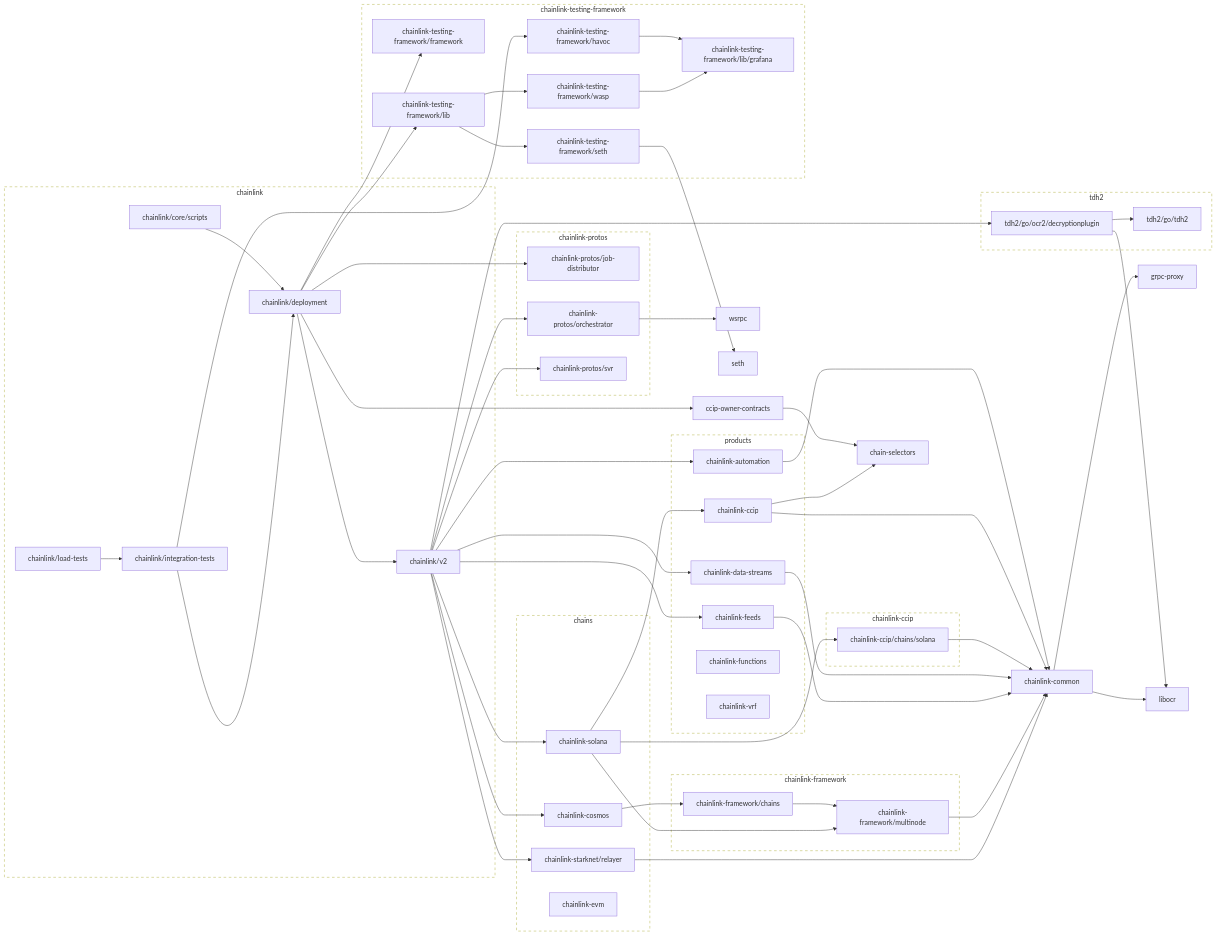
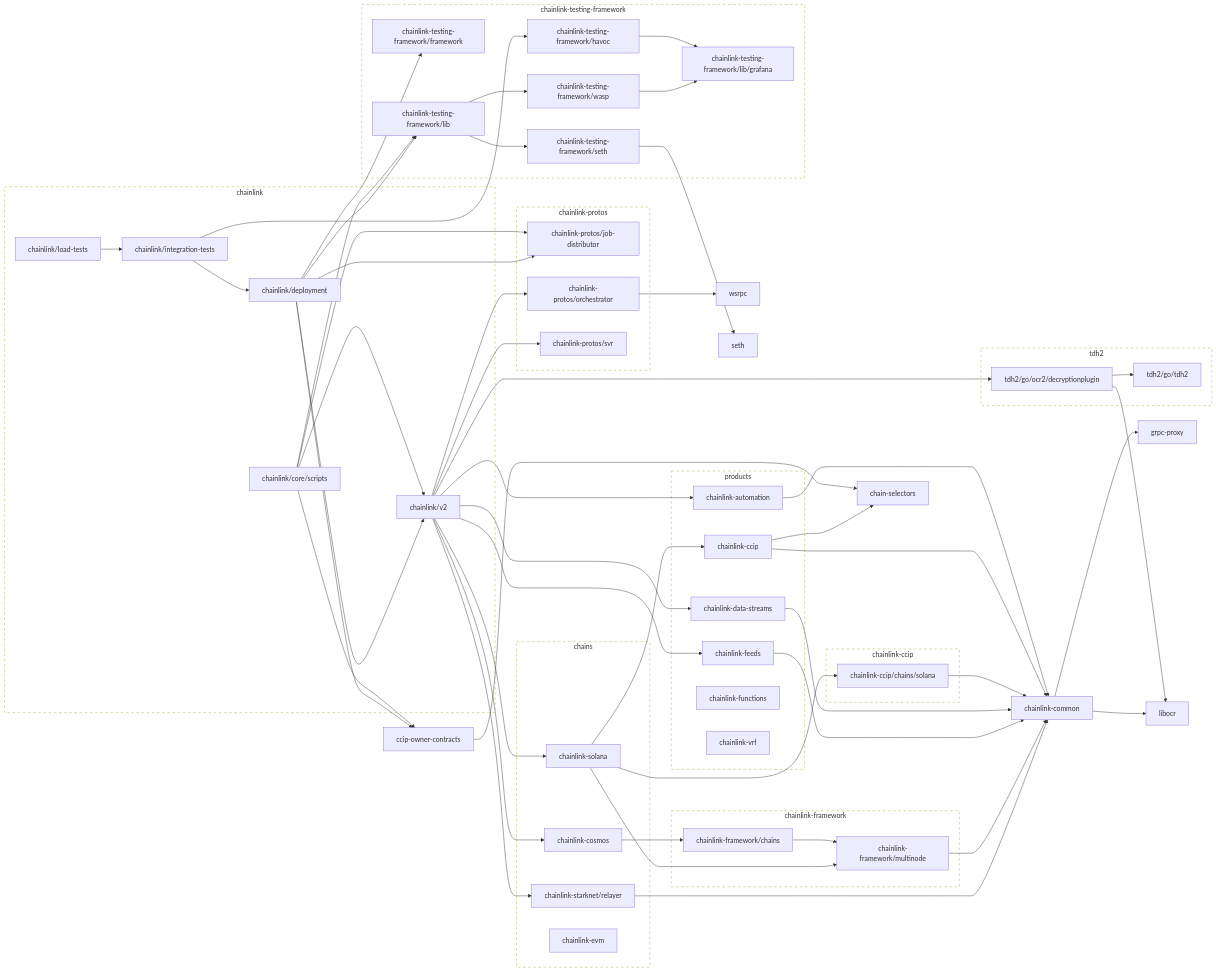
The second of 2 diagrams in go.md (smartcontractkit/chainlink), drawn with Mermaid before and after one commit.

```diff
--- a/go.md
+++ b/go.md
@@ -173,7 +173,10 @@
 	click chainlink-testing-framework/seth href "https://github.com/smartcontractkit/chainlink-testing-framework"
 	chainlink-testing-framework/wasp --> chainlink-testing-framework/lib/grafana
 	click chainlink-testing-framework/wasp href "https://github.com/smartcontractkit/chainlink-testing-framework"
-	chainlink/core/scripts --> chainlink/deployment
+	chainlink/core/scripts --> ccip-owner-contracts
+	chainlink/core/scripts --> chainlink-protos/job-distributor
+	chainlink/core/scripts --> chainlink-testing-framework/lib
+	chainlink/core/scripts --> chainlink/v2
 	click chainlink/core/scripts href "https://github.com/smartcontractkit/chainlink"
 	chainlink/deployment --> ccip-owner-contracts
 	chainlink/deployment --> chainlink-protos/job-distributor
```
